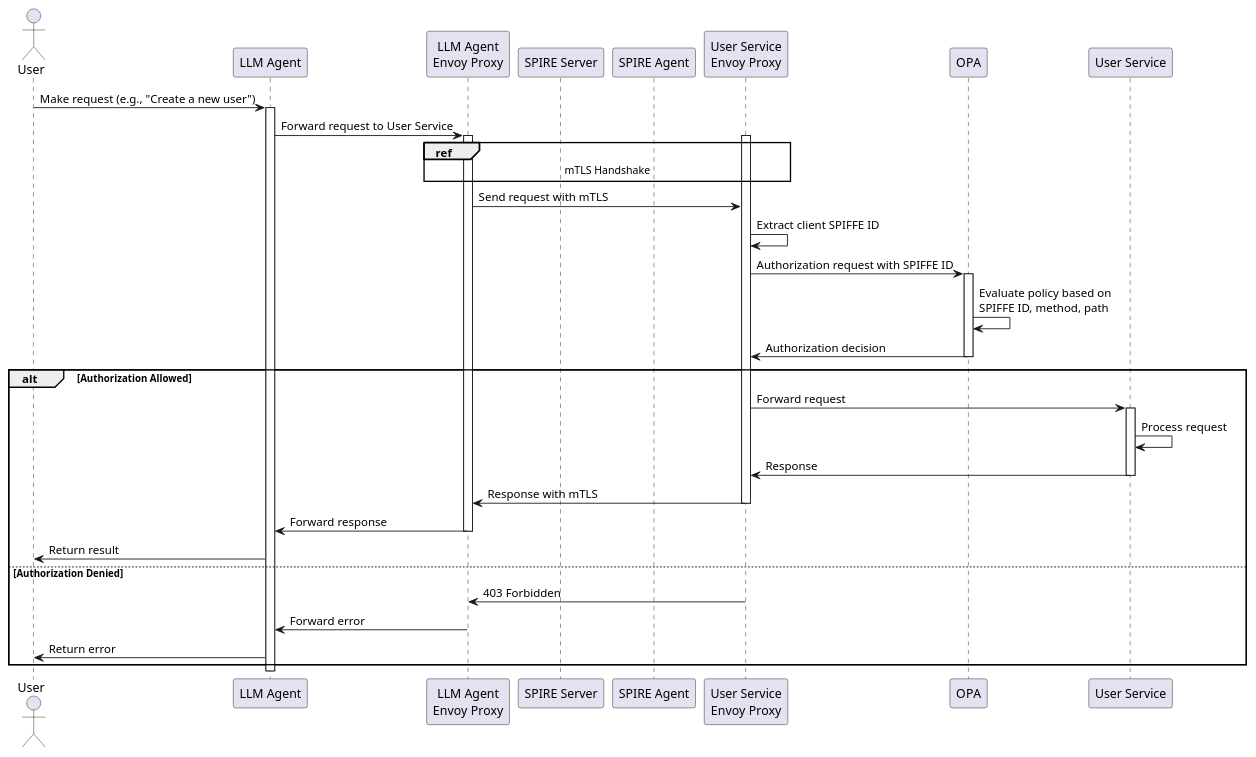
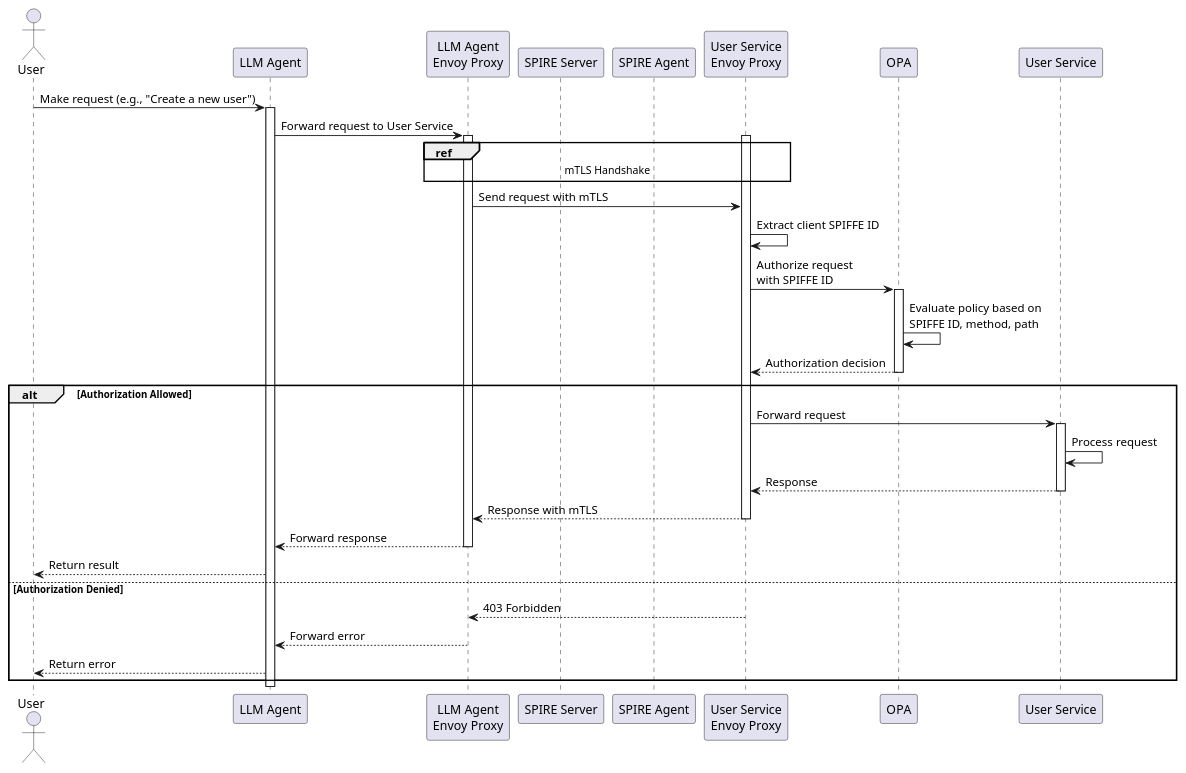
Before and after one commit to phuongbv00/workload-iam-poc: the diagram in docs/usecase-flow.puml, drawn with PlantUML.

```diff
--- a/docs/usecase-flow.puml
+++ b/docs/usecase-flow.puml
@@ -1,53 +1,53 @@
 @startuml Usecase Flow
 
 actor "User" as user
 participant "LLM Agent" as llm_agent
 participant "LLM Agent\nEnvoy Proxy" as llm_envoy
 participant "SPIRE Server" as spire_server
 participant "SPIRE Agent" as spire_agent
 participant "User Service\nEnvoy Proxy" as user_envoy
 participant "OPA" as opa
 participant "User Service" as user_service
 
 user -> llm_agent: Make request (e.g., "Create a new user")
 activate llm_agent
 
 llm_agent -> llm_envoy: Forward request to User Service
 activate llm_envoy
 
 activate user_envoy
 
 ref over llm_envoy, user_envoy
     mTLS Handshake
 end ref
 
 llm_envoy -> user_envoy: Send request with mTLS
 
 user_envoy -> user_envoy: Extract client SPIFFE ID
 
-user_envoy -> opa: Authorization request with SPIFFE ID
+user_envoy -> opa: Authorize request\nwith SPIFFE ID
 activate opa
 opa -> opa: Evaluate policy based on\nSPIFFE ID, method, path
-opa -> user_envoy: Authorization decision
+opa --> user_envoy: Authorization decision
 deactivate opa
 
 alt Authorization Allowed
     user_envoy -> user_service: Forward request
     activate user_service
     user_service -> user_service: Process request
-    user_service -> user_envoy: Response
+    user_service --> user_envoy: Response
     deactivate user_service
-    user_envoy -> llm_envoy: Response with mTLS
+    user_envoy --> llm_envoy: Response with mTLS
     deactivate user_envoy
-    llm_envoy -> llm_agent: Forward response
+    llm_envoy --> llm_agent: Forward response
     deactivate llm_envoy
-    llm_agent -> user: Return result
+    llm_agent --> user: Return result
 else Authorization Denied
-    user_envoy -> llm_envoy: 403 Forbidden
-    llm_envoy -> llm_agent: Forward error
-    llm_agent -> user: Return error
+    user_envoy --> llm_envoy: 403 Forbidden
+    llm_envoy --> llm_agent: Forward error
+    llm_agent --> user: Return error
 end
 
 deactivate llm_agent
 
 @enduml
```
